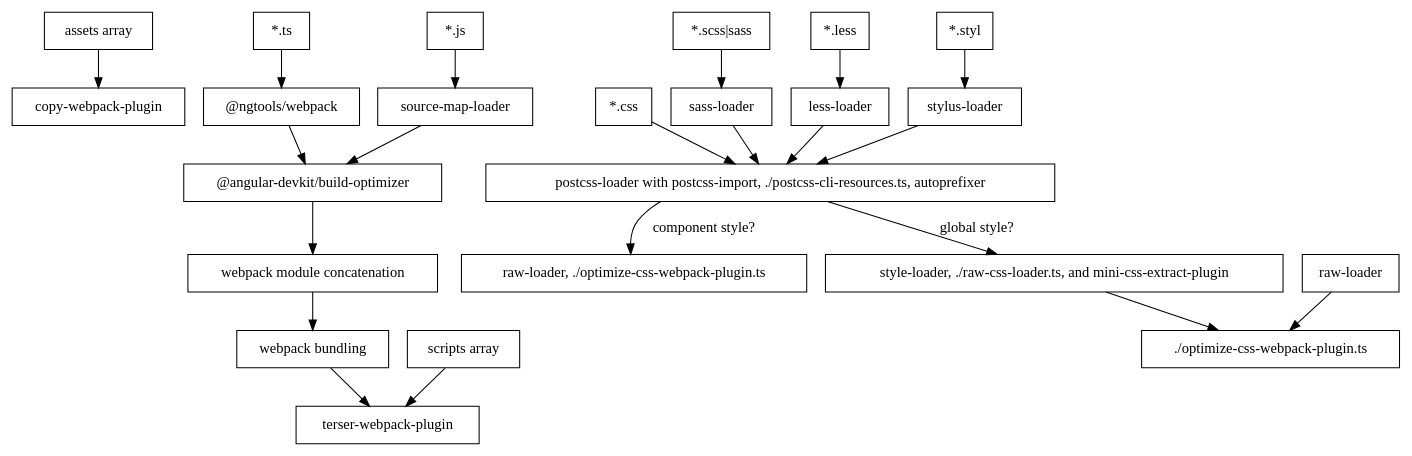
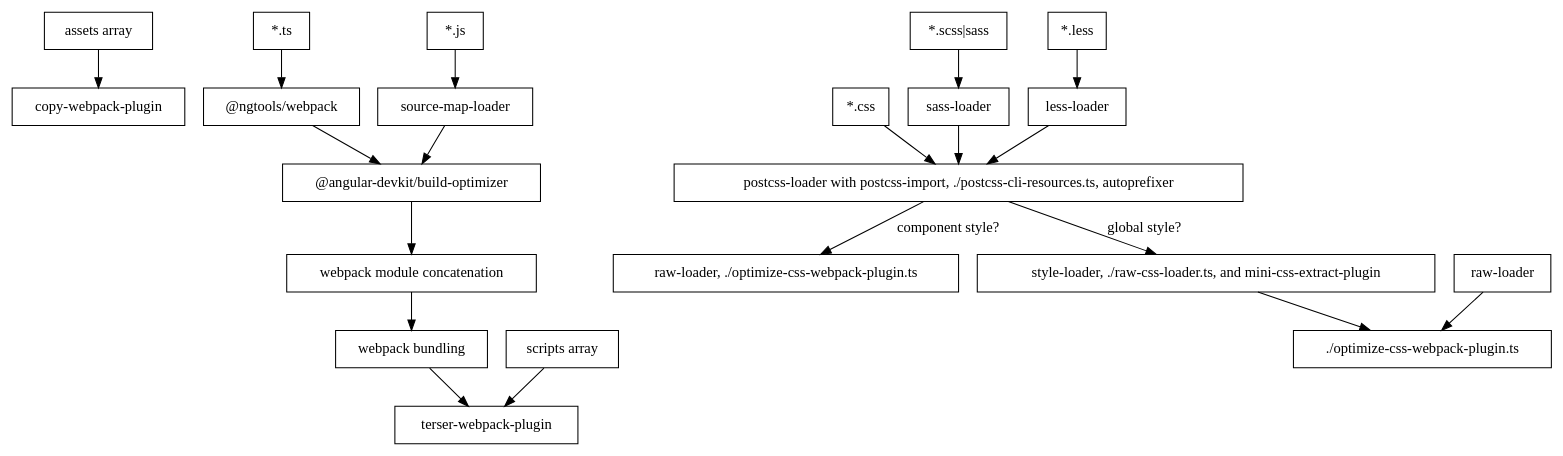
The diagram in docs/design/build-system-overview.dot (angular/angular-cli), drawn with Graphviz before and after one commit. The commit also changed 16 other files, not shown here.

```diff
--- a/docs/design/build-system-overview.dot
+++ b/docs/design/build-system-overview.dot
@@ -1,16 +1,15 @@
 digraph G {
   node [shape=rectangle];
   "assets array" -> "copy-webpack-plugin";
   "*.ts" -> "@ngtools/webpack" -> "@angular-devkit/build-optimizer";
   "*.js" -> "source-map-loader" -> "@angular-devkit/build-optimizer";
   "@angular-devkit/build-optimizer" -> "webpack module concatenation" -> "webpack bundling" -> "terser-webpack-plugin";
   "scripts array" -> "terser-webpack-plugin";
   "*.css" -> "postcss-loader with postcss-import, ./postcss-cli-resources.ts, autoprefixer";
   "*.scss\|sass" -> "sass-loader" -> "postcss-loader with postcss-import, ./postcss-cli-resources.ts, autoprefixer";
   "*.less" -> "less-loader" -> "postcss-loader with postcss-import, ./postcss-cli-resources.ts, autoprefixer";
-  "*.styl" -> "stylus-loader" -> "postcss-loader with postcss-import, ./postcss-cli-resources.ts, autoprefixer";
   "postcss-loader with postcss-import, ./postcss-cli-resources.ts, autoprefixer" -> "raw-loader, ./optimize-css-webpack-plugin.ts"  [label="component style?"];
   "raw-loader" -> "./optimize-css-webpack-plugin.ts"
   "postcss-loader with postcss-import, ./postcss-cli-resources.ts, autoprefixer" -> "style-loader, ./raw-css-loader.ts, and mini-css-extract-plugin" [label="global style?"];
   "style-loader, ./raw-css-loader.ts, and mini-css-extract-plugin" -> "./optimize-css-webpack-plugin.ts"
 }
```
